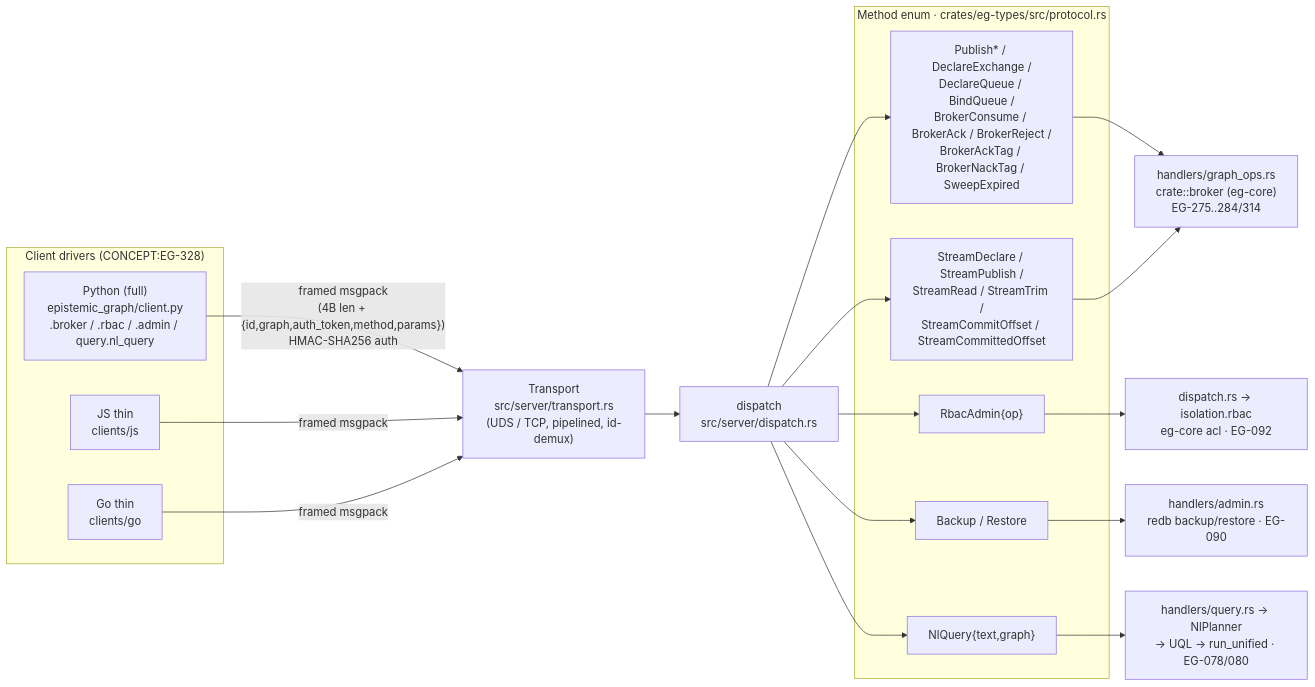
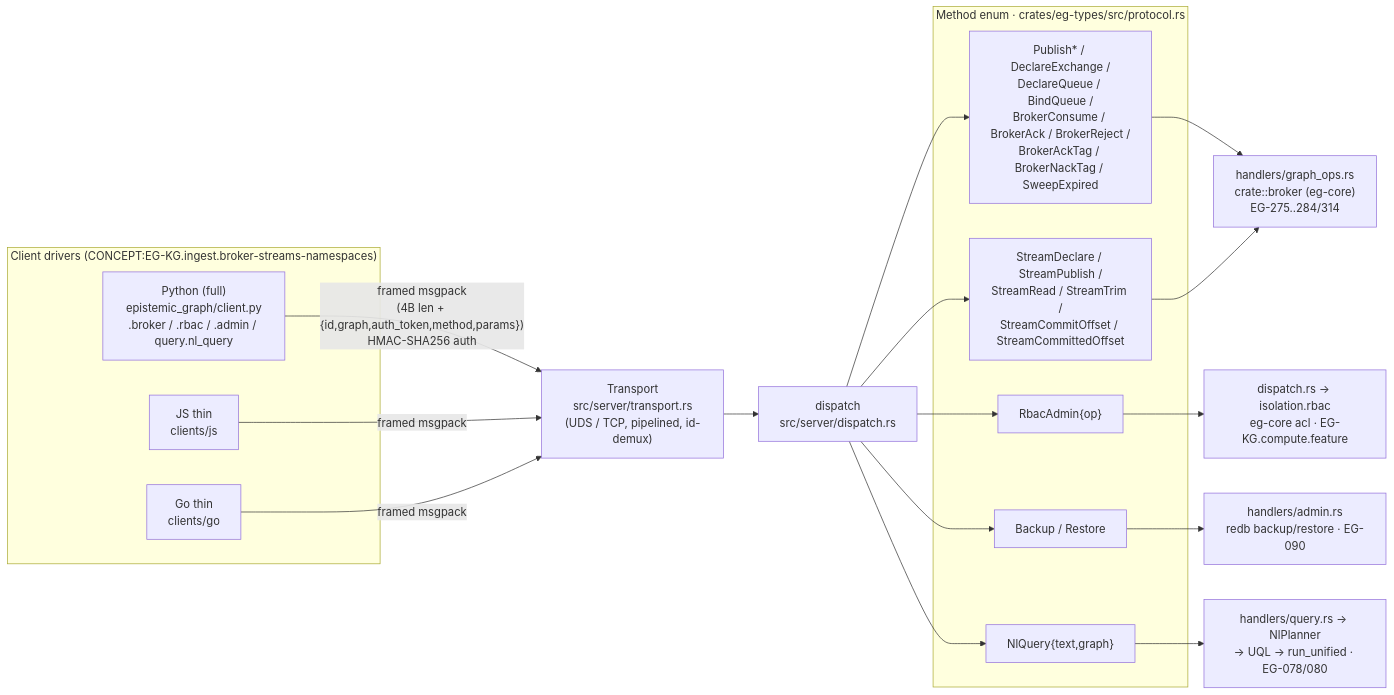
One commit to Knuckles-Team/epistemic-graph changed the diagram in docs/interfaces/clients.md. Above: the diagram before and after it, drawn with Mermaid. The commit also changed other lines of this file and 469 other files, not shown here.

````diff
--- a/docs/interfaces/clients.md
+++ b/docs/interfaces/clients.md
@@ -57,34 +57,34 @@
 ```mermaid
 flowchart LR
-  subgraph clients["Client drivers (CONCEPT:EG-328)"]
+  subgraph clients["Client drivers (CONCEPT:EG-KG.ingest.broker-streams-namespaces)"]
     PY["Python (full)\nepistemic_graph/client.py\n.broker / .rbac / .admin / query.nl_query"]
     JS["JS thin\nclients/js"]
     GO["Go thin\nclients/go"]
   end
 
   PY -- "framed msgpack\n(4B len + {id,graph,auth_token,method,params})\nHMAC-SHA256 auth" --> T
   JS -- "framed msgpack" --> T
   GO -- "framed msgpack" --> T
 
   T["Transport\nsrc/server/transport.rs\n(UDS / TCP, pipelined, id-demux)"] --> D["dispatch\nsrc/server/dispatch.rs"]
 
   subgraph methods["Method enum · crates/eg-types/src/protocol.rs"]
     M_BROKER["Publish* / DeclareExchange /\nDeclareQueue / BindQueue /\nBrokerConsume / BrokerAck / BrokerReject /\nBrokerAckTag / BrokerNackTag / SweepExpired"]
     M_STREAM["StreamDeclare / StreamPublish /\nStreamRead / StreamTrim /\nStreamCommitOffset / StreamCommittedOffset"]
     M_RBAC["RbacAdmin{op}"]
     M_BAK["Backup / Restore"]
     M_NL["NlQuery{text,graph}"]
   end
 
   D --> M_BROKER
   D --> M_STREAM
   D --> M_RBAC
   D --> M_BAK
   D --> M_NL
 
   M_BROKER --> H1["handlers/graph_ops.rs\ncrate::broker (eg-core)\nEG-275..284/314"]
   M_STREAM --> H1
-  M_RBAC --> H2["dispatch.rs → isolation.rbac\neg-core acl · EG-092"]
+  M_RBAC --> H2["dispatch.rs → isolation.rbac\neg-core acl · EG-KG.compute.feature"]
   M_BAK  --> H3["handlers/admin.rs\nredb backup/restore · EG-090"]
   M_NL   --> H4["handlers/query.rs → NlPlanner\n→ UQL → run_unified · EG-078/080"]
 ```
````
